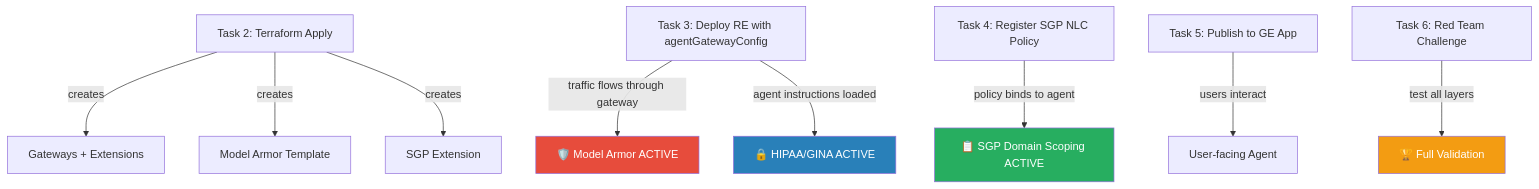
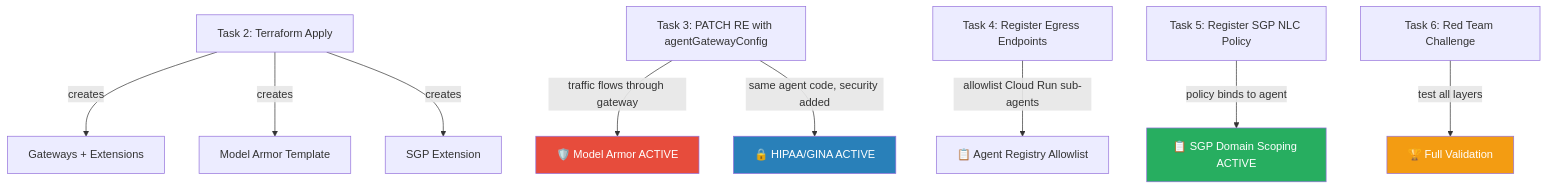
The first of 3 diagrams in README.md (GCP-Architecture-Guides/l400-agw-foundation), drawn with Mermaid before and after one commit. The commit also changed other lines of this file and 3 other files, not shown here.

First line of the commit message:
Lab 2: PATCH workflow, new Task 4 (Agent Registry), remove GE App task, fix bugs

````diff
--- a/README.md
+++ b/README.md
@@ -57,16 +57,16 @@
 ```mermaid
 graph TD
     T2["Task 2: Terraform Apply"] -->|creates| GW["Gateways + Extensions"]
     T2 -->|creates| MA["Model Armor Template"]
     T2 -->|creates| SGP_EXT["SGP Extension"]
-    T3["Task 3: Deploy RE with agentGatewayConfig"] -->|traffic flows through gateway| MA_ACTIVE["🛡️ Model Armor ACTIVE"]
-    T3 -->|agent instructions loaded| HIPAA["🔒 HIPAA/GINA ACTIVE"]
-    T4["Task 4: Register SGP NLC Policy"] -->|policy binds to agent| SGP_ACTIVE["📋 SGP Domain Scoping ACTIVE"]
-    T5["Task 5: Publish to GE App"] -->|users interact| GE["User-facing Agent"]
+    T3["Task 3: PATCH RE with agentGatewayConfig"] -->|traffic flows through gateway| MA_ACTIVE["🛡️ Model Armor ACTIVE"]
+    T3 -->|same agent code, security added| HIPAA["🔒 HIPAA/GINA ACTIVE"]
+    T4_REG["Task 4: Register Egress Endpoints"] -->|allowlist Cloud Run sub-agents| REGISTRY["📋 Agent Registry Allowlist"]
+    T5["Task 5: Register SGP NLC Policy"] -->|policy binds to agent| SGP_ACTIVE["📋 SGP Domain Scoping ACTIVE"]
     T6["Task 6: Red Team Challenge"] -->|test all layers| FINAL["🏆 Full Validation"]
 
     style MA_ACTIVE fill:#e74c3c,color:#fff
     style HIPAA fill:#2980b9,color:#fff
     style SGP_ACTIVE fill:#27ae60,color:#fff
     style FINAL fill:#f39c12,color:#fff
 ```
````
